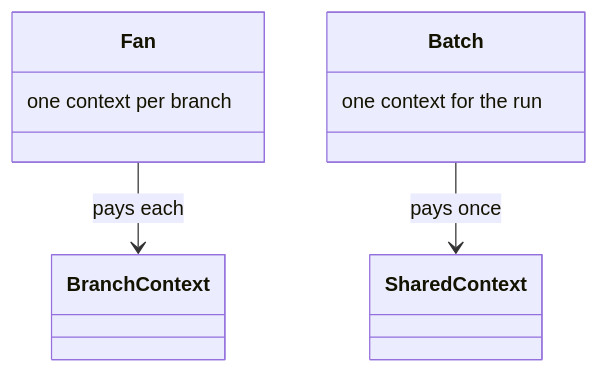
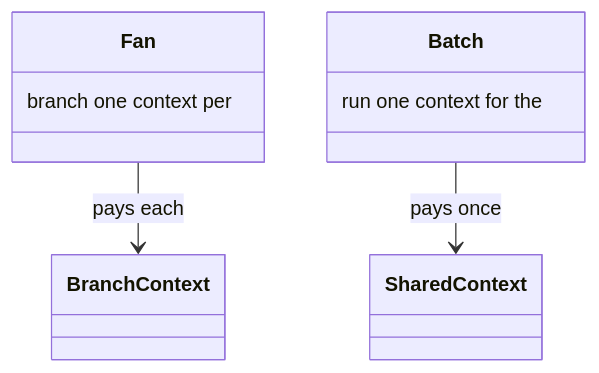
One commit to m2ux/workflow-server changed diagram 12 of 18 in docs/dispatch.md. Above: the diagram before and after it, drawn with Mermaid. The commit also changed other lines of this file and 13 other files, not shown here.

````diff
--- a/docs/dispatch.md
+++ b/docs/dispatch.md
@@ -207,13 +207,13 @@
 ```mermaid
 classDiagram
   class Fan {
-    one context per branch
+    branch one context per
   }
   class Batch {
-    one context for the run
+    run one context for the
   }
   Fan --> BranchContext : pays each
   Batch --> SharedContext : pays once
   class BranchContext
   class SharedContext
 ```
````
